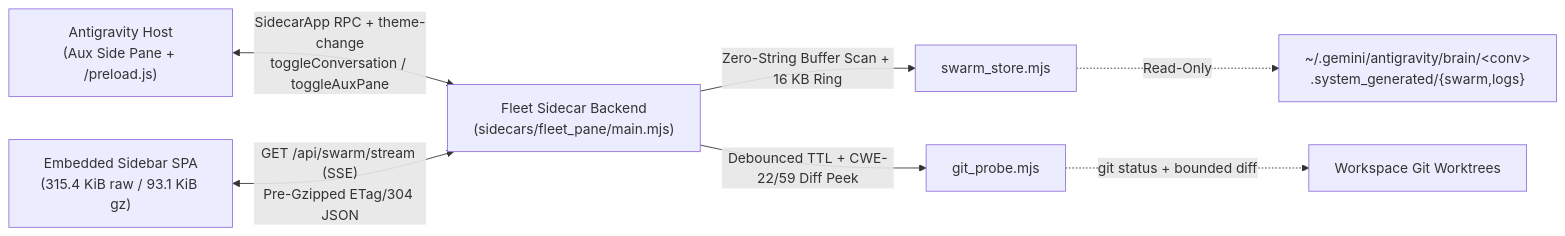
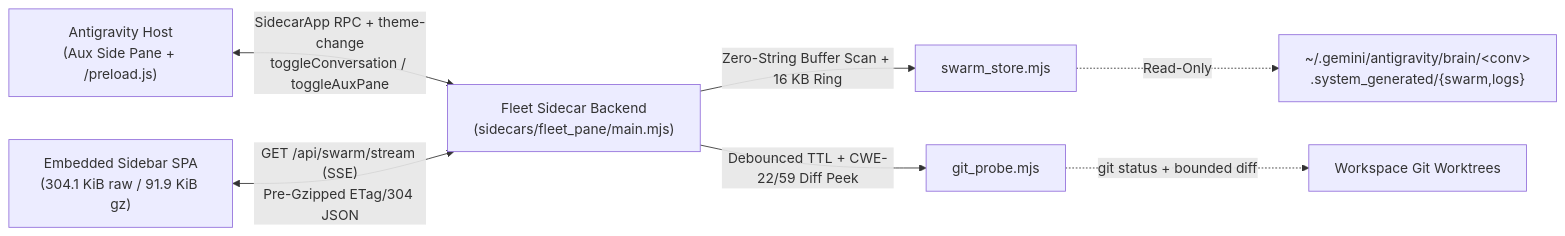
The diagram in README.md (cayleb-james2008/dsh-fleet), drawn with Mermaid before and after one commit. The commit also changed other lines of this file and 35 other files, not shown here.

````diff
--- a/README.md
+++ b/README.md
@@ -80,9 +81,9 @@
 ```mermaid
 flowchart LR
     Host["Antigravity Host<br/>(Aux Side Pane + /preload.js)"] <-->|"SidecarApp RPC + theme-change<br/>toggleConversation / toggleAuxPane"| Backend["Fleet Sidecar Backend<br/>(sidecars/fleet_pane/main.mjs)"]
-    UI["Embedded Sidebar SPA<br/>(315.4 KiB raw / 93.1 KiB gz)"] <-->|"GET /api/swarm/stream (SSE)<br/>Pre-Gzipped ETag/304 JSON"| Backend
+    UI["Embedded Sidebar SPA<br/>(304.1 KiB raw / 91.9 KiB gz)"] <-->|"GET /api/swarm/stream (SSE)<br/>Pre-Gzipped ETag/304 JSON"| Backend
     Backend -->|"Zero-String Buffer Scan + 16 KB Ring"| Store["swarm_store.mjs"]
     Backend -->|"Debounced TTL + CWE-22/59 Diff Peek"| Git["git_probe.mjs"]
     Store -.->|"Read-Only"| Brain["~/.gemini/antigravity/brain/&lt;conv&gt;<br/>.system_generated/{swarm,logs}"]
     Git -.->|"git status + bounded diff"| WT["Workspace Git Worktrees"]
 ```
````
